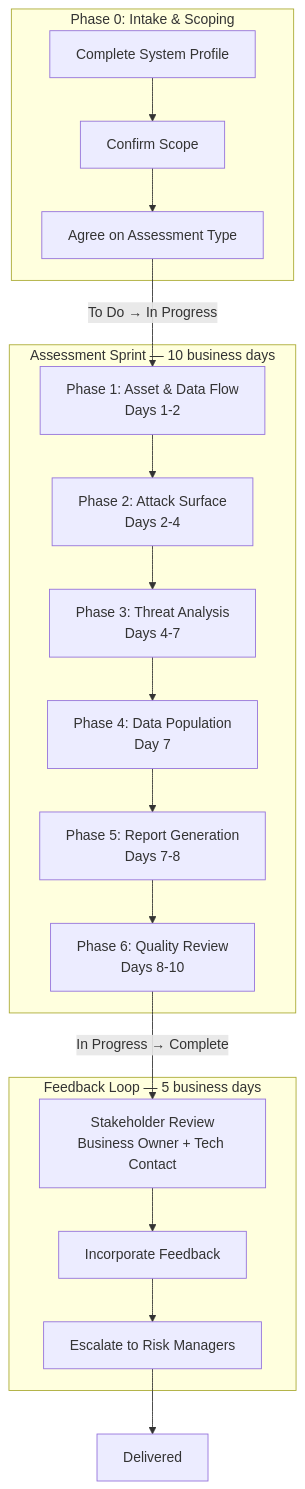
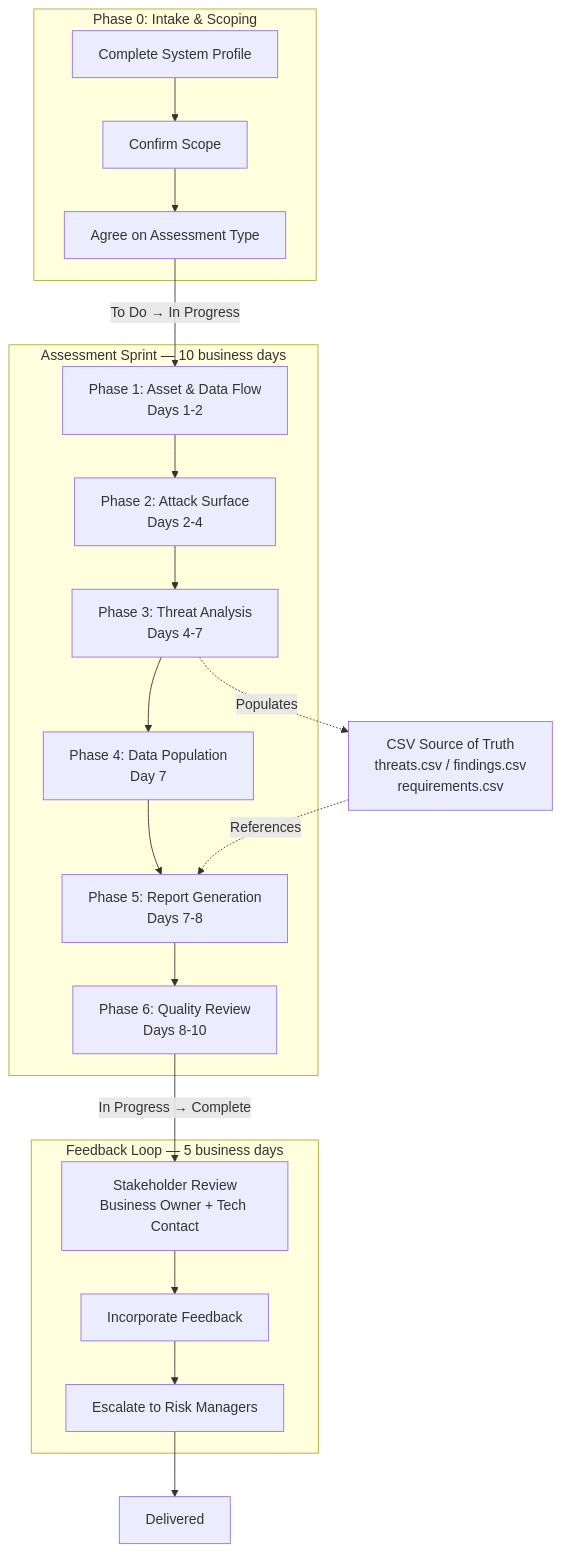
Before and after one commit to Celtikill/threat-modeling: the diagram in README.md, drawn with Mermaid. The commit also changed other lines of this file, not shown here.

Commit message:
docs(readme): add CSV-first workflow documentation

````diff
--- a/README.md
+++ b/README.md
@@ -59,30 +62,33 @@
 ```mermaid
 graph TD
     subgraph "Phase 0: Intake & Scoping"
         A[Complete System Profile] --> B[Confirm Scope]
         B --> C[Agree on Assessment Type]
     end
 
     C -->|To Do → In Progress| D
 
     subgraph "Assessment Sprint — 10 business days"
         D["Phase 1: Asset & Data Flow<br/>Days 1-2"]
         E["Phase 2: Attack Surface<br/>Days 2-4"]
         F["Phase 3: Threat Analysis<br/>Days 4-7"]
         G["Phase 4: Data Population<br/>Day 7"]
         H["Phase 5: Report Generation<br/>Days 7-8"]
         I["Phase 6: Quality Review<br/>Days 8-10"]
         D --> E --> F --> G --> H --> I
     end
 
+    F -.->|Populates| X["CSV Source of Truth<br/>threats.csv / findings.csv<br/>requirements.csv"]
+    X -.->|References| H
+
     I -->|In Progress → Complete| J
 
     subgraph "Feedback Loop — 5 business days"
         J["Stakeholder Review<br/>Business Owner + Tech Contact"]
         K["Incorporate Feedback"]
         L["Escalate to Risk Managers"]
         J --> K --> L
     end
 
     L --> M[Delivered]
 ```
````
